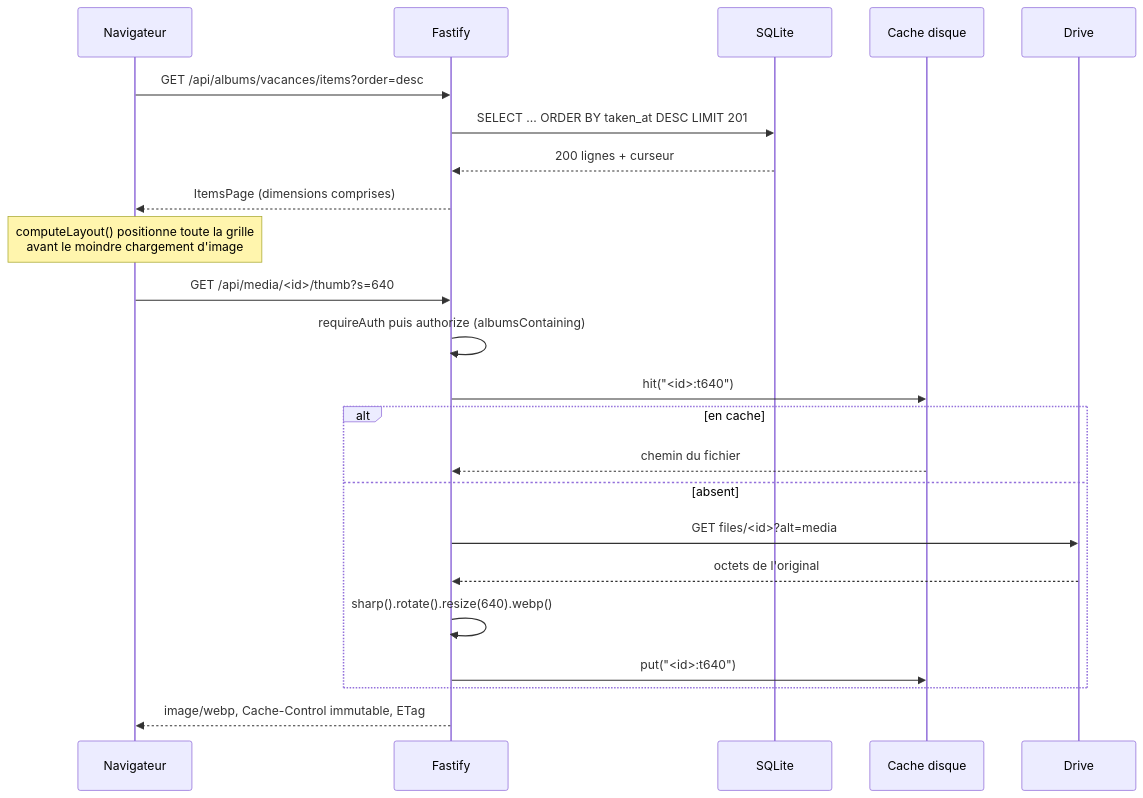
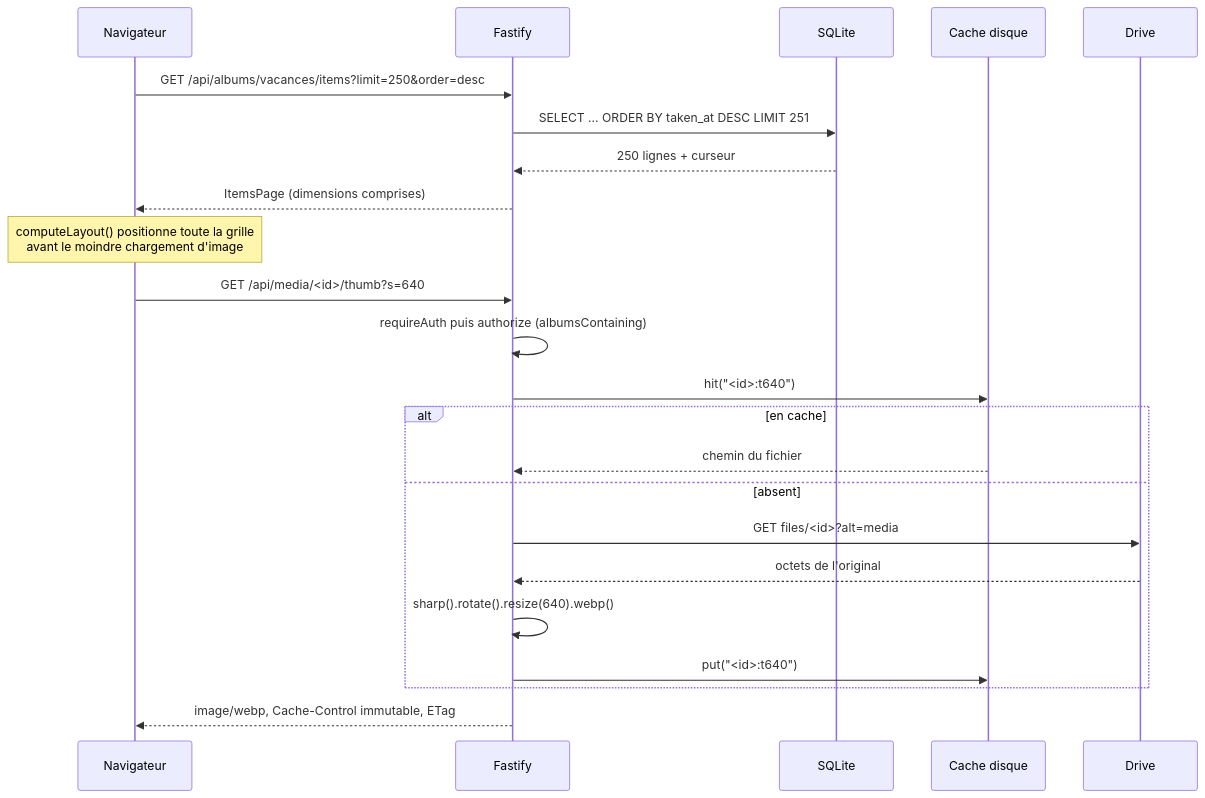
The second of 2 diagrams in specs/02-architecture.md (cr0cK/lukarn), drawn with Mermaid before and after one commit. The commit also changed other lines of this file and 37 other files, not shown here.

````diff
--- a/specs/02-architecture.md
+++ b/specs/02-architecture.md
@@ -58,26 +58,26 @@
 ```mermaid
 sequenceDiagram
   participant N as Navigateur
   participant F as Fastify
   participant D as SQLite
   participant C as Cache disque
   participant G as Drive
 
-  N->>F: GET /api/albums/vacances/items?order=desc
-  F->>D: SELECT … ORDER BY taken_at DESC LIMIT 201
-  D-->>F: 200 lignes + curseur
+  N->>F: GET /api/albums/vacances/items?limit=250&order=desc
+  F->>D: SELECT … ORDER BY taken_at DESC LIMIT 251
+  D-->>F: 250 lignes + curseur
   F-->>N: ItemsPage (dimensions comprises)
   Note over N: computeLayout() positionne toute la grille<br/>avant le moindre chargement d'image
   N->>F: GET /api/media/<id>/thumb?s=640
   F->>F: requireAuth puis authorize (albumsContaining)
   F->>C: hit("<id>:t640")
   alt en cache
     C-->>F: chemin du fichier
   else absent
     F->>G: GET files/<id>?alt=media
     G-->>F: octets de l'original
     F->>F: sharp().rotate().resize(640).webp()
     F->>C: put("<id>:t640")
   end
   F-->>N: image/webp, Cache-Control immutable, ETag
 ```
````
